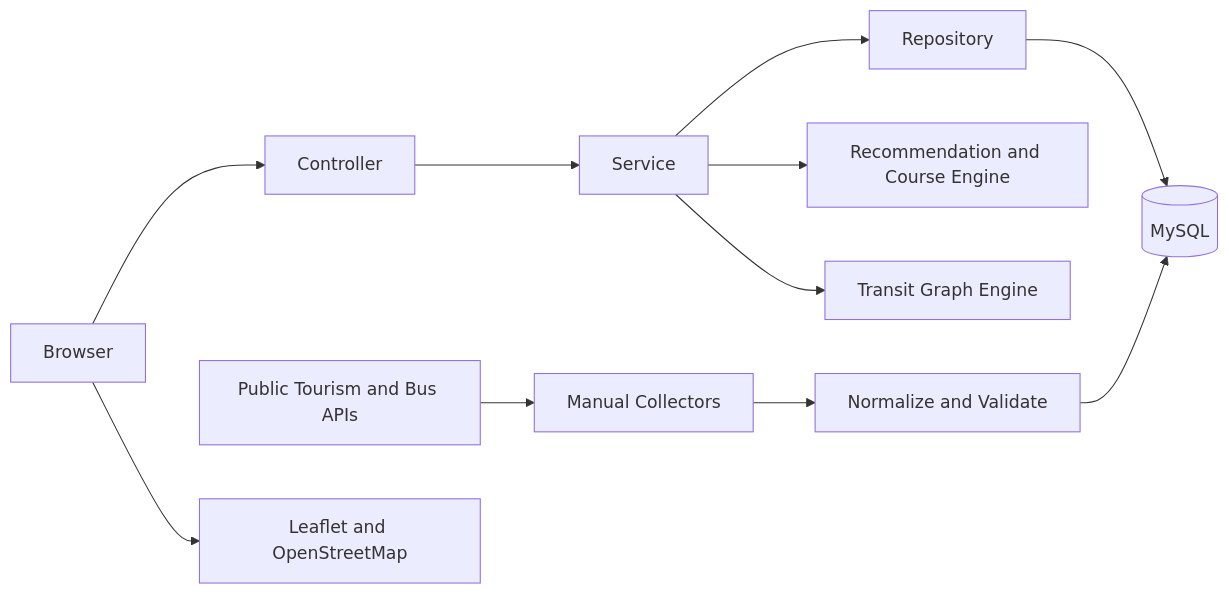
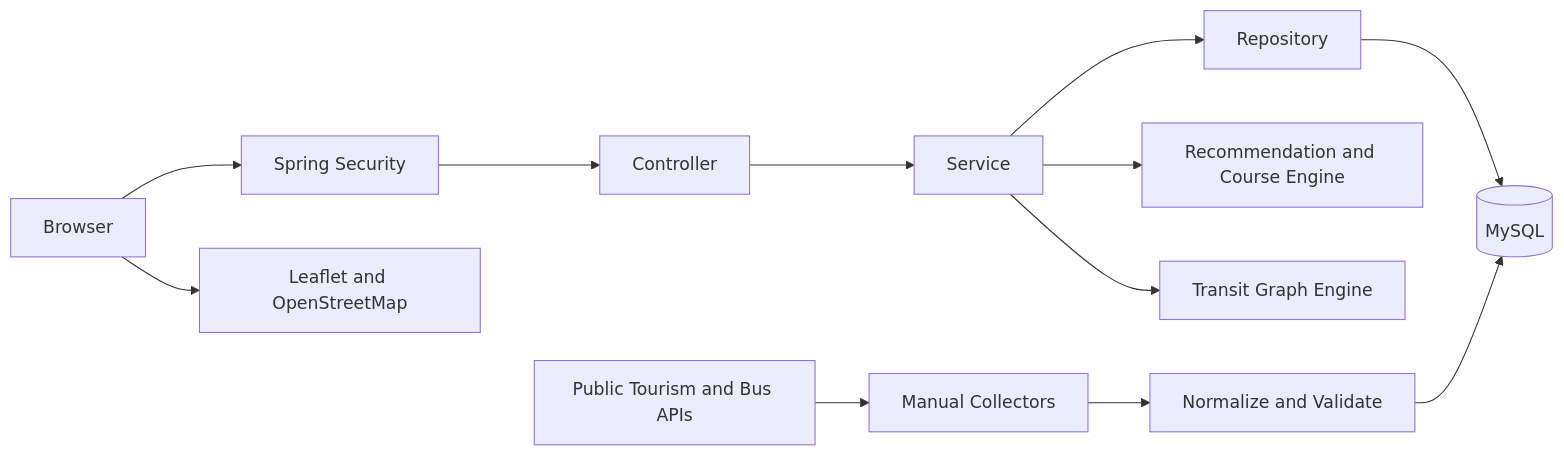
One commit to Kezluno2621/busan-city-roulette changed the first of 2 diagrams in README.md. Above: the diagram before and after it, drawn with Mermaid. The commit also changed other lines of this file and 586 other files, not shown here.

````diff
--- a/README.md
+++ b/README.md
@@ -40,13 +42,14 @@
 ```mermaid
 flowchart LR
-    U[Browser] --> C[Controller]
+    U[Browser] --> SEC[Spring Security]
+    SEC --> C[Controller]
     C --> S[Service]
     S --> R[Repository]
     R --> DB[(MySQL)]
     S --> REC[Recommendation and Course Engine]
     S --> BUS[Transit Graph Engine]
     API[Public Tourism and Bus APIs] --> COL[Manual Collectors]
     COL --> N[Normalize and Validate]
     N --> DB
     U --> MAP[Leaflet and OpenStreetMap]
 ```
````
